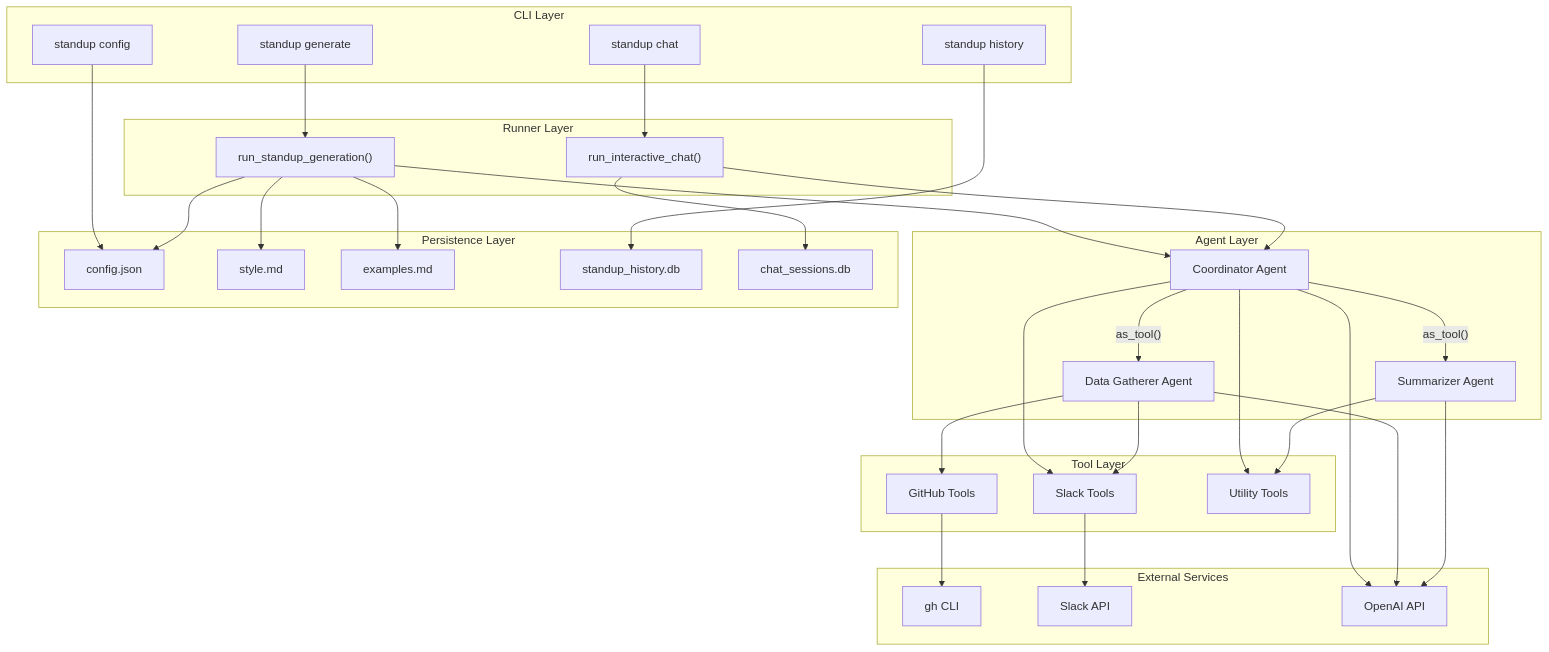
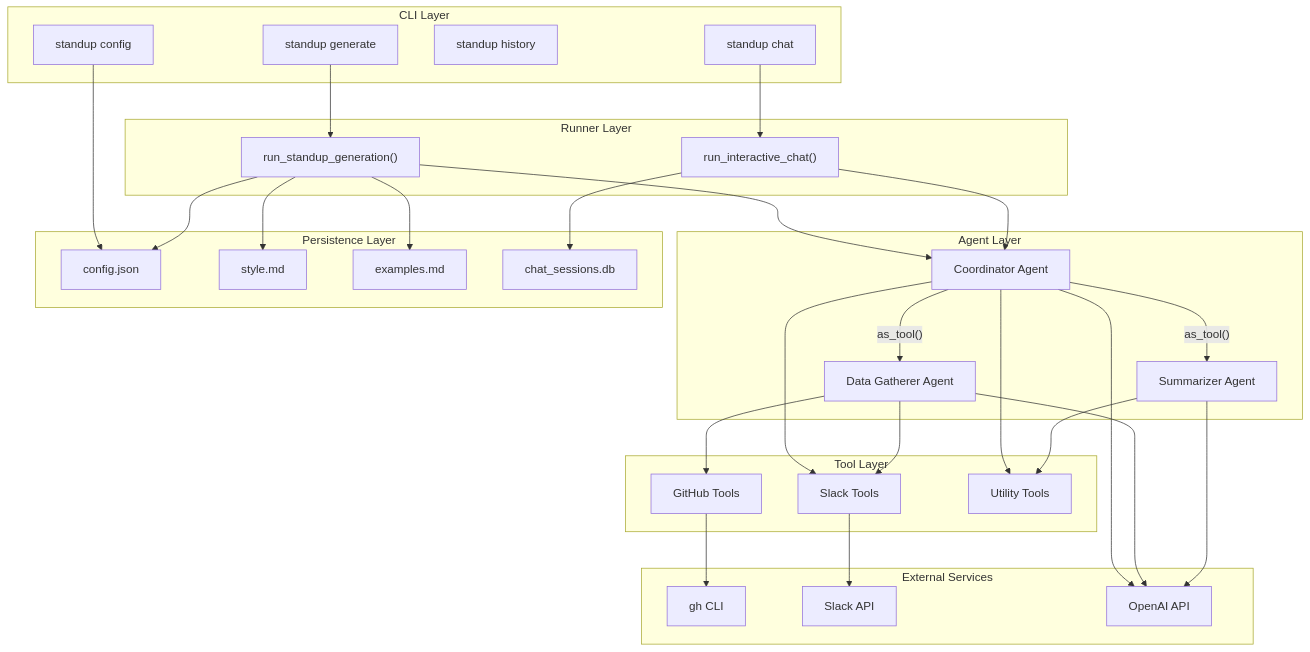
One commit to andrewm4894/github-standup-agent changed the first of 3 diagrams in ARCHITECTURE.md. Above: the diagram before and after it, drawn with Mermaid. The commit also changed other lines of this file and 33 other files, not shown here.

````diff
--- a/ARCHITECTURE.md
+++ b/ARCHITECTURE.md
@@ -7,68 +7,66 @@
 ```mermaid
 flowchart TB
     subgraph CLI["CLI Layer"]
         generate["standup generate"]
         chat["standup chat"]
         history["standup history"]
         config["standup config"]
     end
 
     subgraph Runner["Runner Layer"]
         run_standup["run_standup_generation()"]
         run_chat["run_interactive_chat()"]
     end
 
     subgraph Agents["Agent Layer"]
         coord["Coordinator Agent"]
         dg["Data Gatherer Agent"]
         sum["Summarizer Agent"]
     end
 
     subgraph Tools["Tool Layer"]
         gh_tools["GitHub Tools"]
         slack_tools["Slack Tools"]
         util_tools["Utility Tools"]
     end
 
     subgraph External["External Services"]
         gh_cli["gh CLI"]
         slack_api["Slack API"]
         openai["OpenAI API"]
     end
 
     subgraph Storage["Persistence Layer"]
         config_json["config.json"]
         style_md["style.md"]
         examples_md["examples.md"]
-        history_db["standup_history.db"]
         sessions_db["chat_sessions.db"]
     end
 
     generate --> run_standup
     chat --> run_chat
-    history --> history_db
     config --> config_json
 
     run_standup --> coord
     run_chat --> coord
 
     coord -->|"as_tool()"| dg
     coord -->|"as_tool()"| sum
     coord --> util_tools
     coord --> slack_tools
 
     dg --> gh_tools
     dg --> slack_tools
     sum --> util_tools
 
     gh_tools --> gh_cli
     slack_tools --> slack_api
     coord --> openai
     dg --> openai
     sum --> openai
 
     run_standup --> config_json
     run_standup --> style_md
     run_standup --> examples_md
     run_chat --> sessions_db
 ```
````
